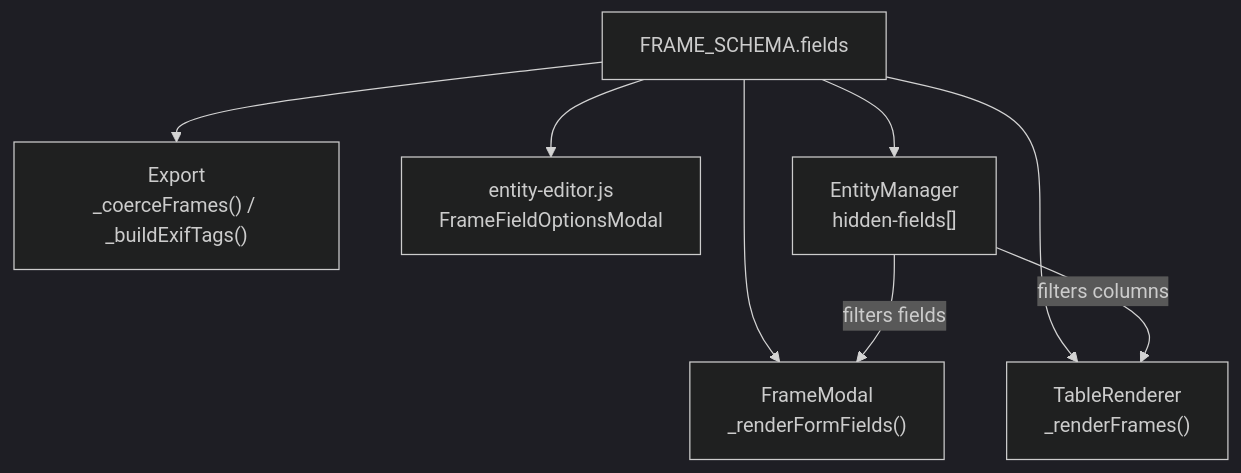
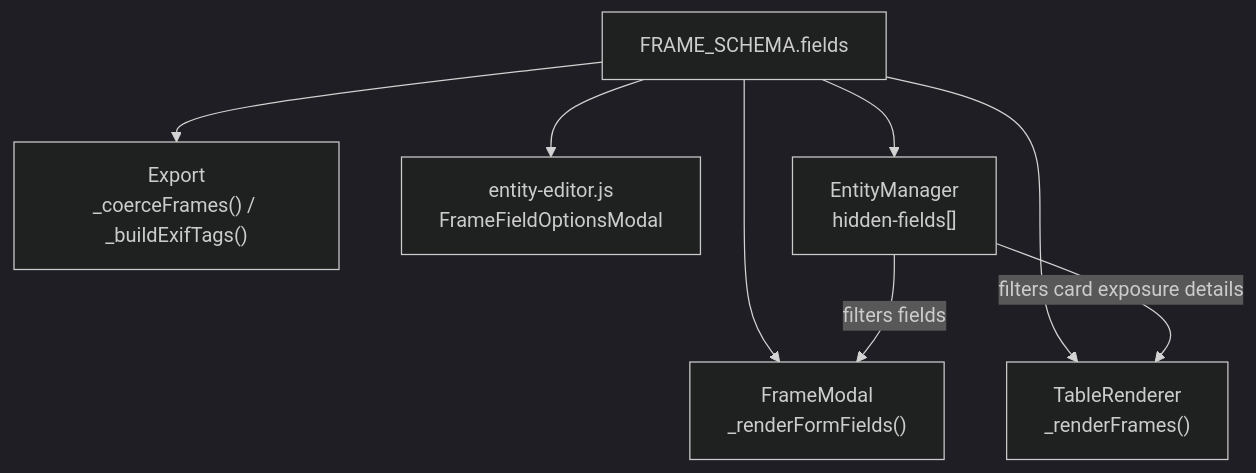
One commit to caksoylar/rolleirecord changed the fifth of 5 diagrams in architecture.md. Above: the diagram before and after it, drawn with Mermaid (dark theme). The commit also changed 4 other files, not shown here.

````diff
--- a/architecture.md
+++ b/architecture.md
@@ -464,18 +464,18 @@
 ```mermaid
 flowchart TD
     schema["FRAME_SCHEMA.fields"]
     form["FrameModal\n_renderFormFields()"]
     table["TableRenderer\n_renderFrames()"]
     export_["Export\n_coerceFrames() / _buildExifTags()"]
     options["entity-editor.js\nFrameFieldOptionsModal"]
     hidden["EntityManager\nhidden-fields[]"]
 
     schema --> form
     schema --> table
     schema --> export_
     schema --> options
     schema --> hidden
 
     hidden -->|"filters fields"| form
-    hidden -->|"filters columns"| table
+    hidden -->|"filters card exposure details"| table
 ```
````
